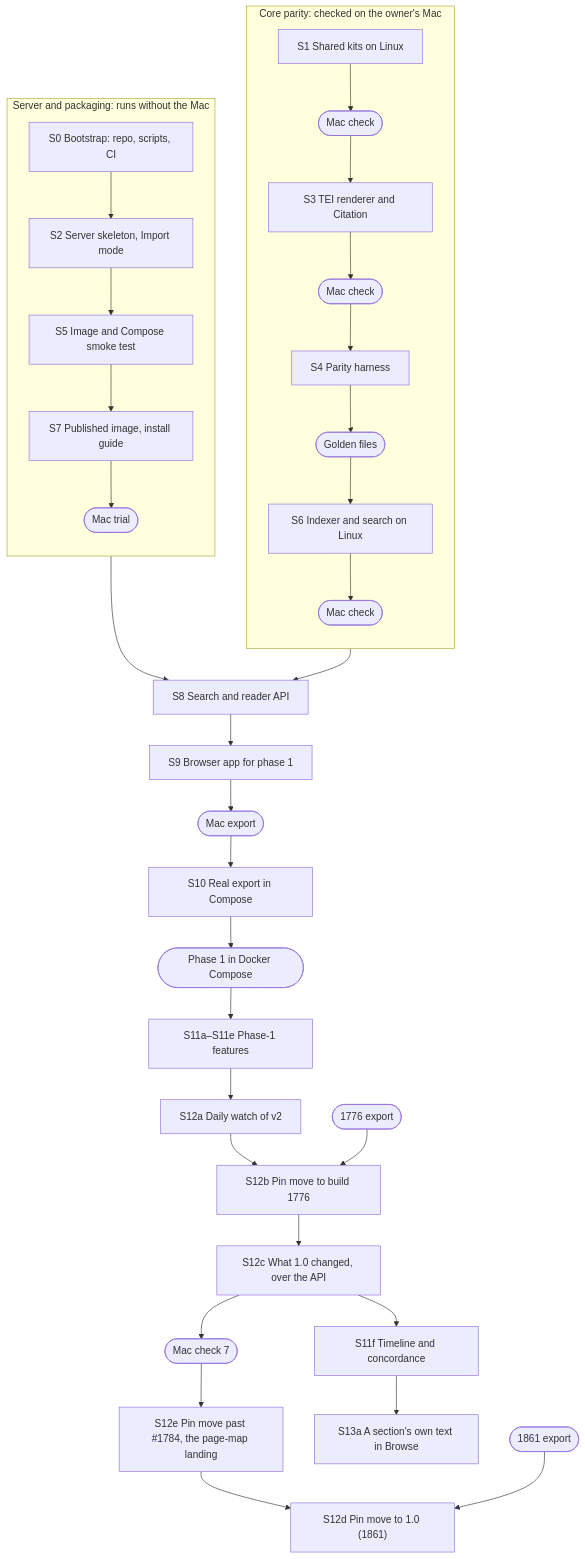
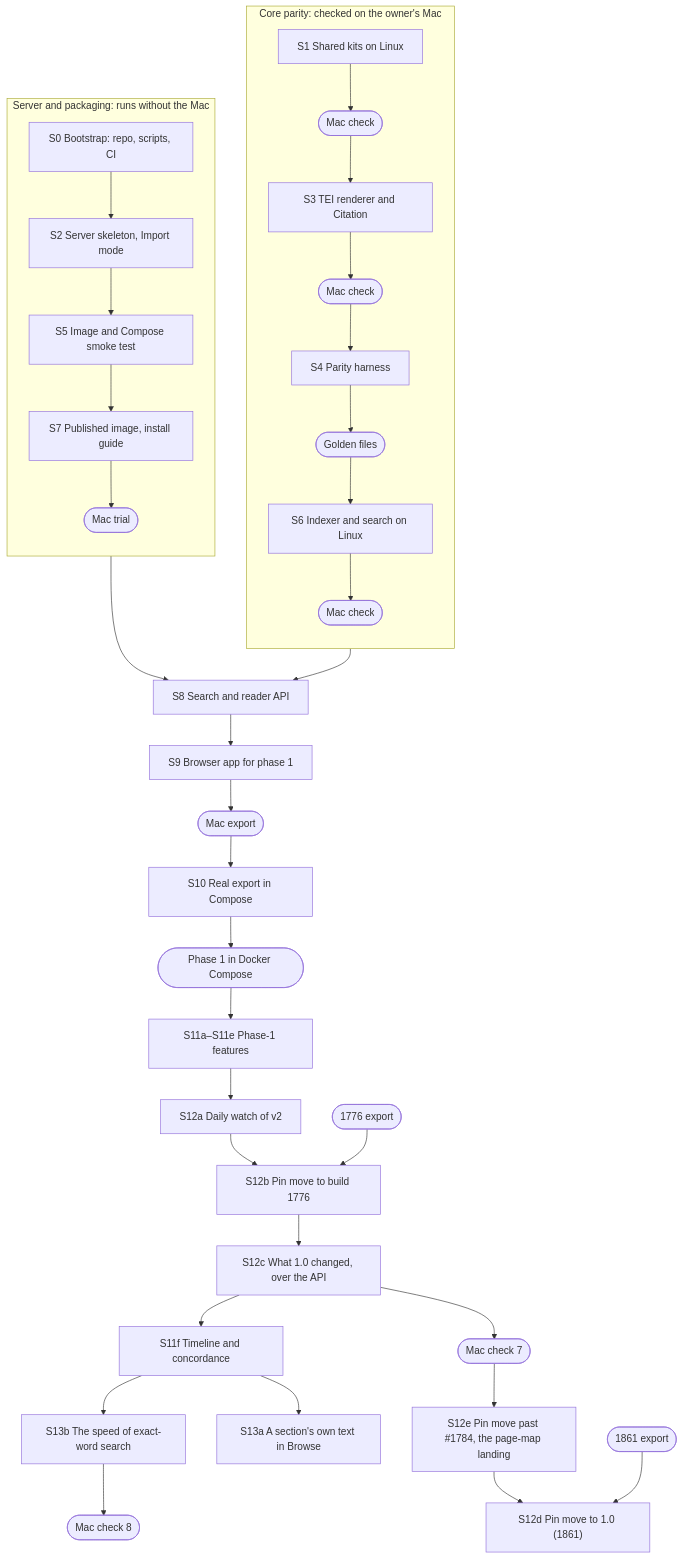
The diagram in docs/PLAN.md (joshbotts/FRUS-Explorer-Web-App), drawn with Mermaid before and after one commit. The commit also changed other lines of this file and 5 other files, not shown here.

````diff
--- a/docs/PLAN.md
+++ b/docs/PLAN.md
@@ -121,20 +121,21 @@
 ```mermaid
 flowchart TB
   subgraph core["Core parity: checked on the owner's Mac"]
     direction TB
     S1["S1 Shared kits on Linux"] --> G1(["Mac check"]) --> S3["S3 TEI renderer and Citation"] --> G2(["Mac check"]) --> S4["S4 Parity harness"] --> G3(["Golden files"]) --> S6["S6 Indexer and search on Linux"] --> G4(["Mac check"])
   end
   subgraph server["Server and packaging: runs without the Mac"]
     direction TB
     S0["S0 Bootstrap: repo, scripts, CI"] --> S2["S2 Server skeleton, Import mode"] --> S5["S5 Image and Compose smoke test"] --> S7["S7 Published image, install guide"] --> G5(["Mac trial"])
   end
   G4 --> S8["S8 Search and reader API"]
   G5 --> S8
   S8 --> S9["S9 Browser app for phase 1"] --> G6(["Mac export"]) --> S10["S10 Real export in Compose"] --> M(["Phase 1 in Docker Compose"])
   M --> S11["S11a–S11e Phase-1 features"] --> S12a["S12a Daily watch of v2"] --> S12b["S12b Pin move to build 1776"] --> S12c["S12c What 1.0 changed, over the API"] --> S11f["S11f Timeline and concordance"]
   G7(["1776 export"]) --> S12b
   S12c --> G9(["Mac check 7"]) --> S12e["S12e Pin move past #1784, the page-map landing"]
   S12e --> S12d["S12d Pin move to 1.0 (1861)"]
   S11f --> S13a["S13a A section's own text in Browse"]
+  S11f --> S13b["S13b The speed of exact-word search"] --> G10(["Mac check 8"])
   G8(["1861 export"]) --> S12d
 ```
````
